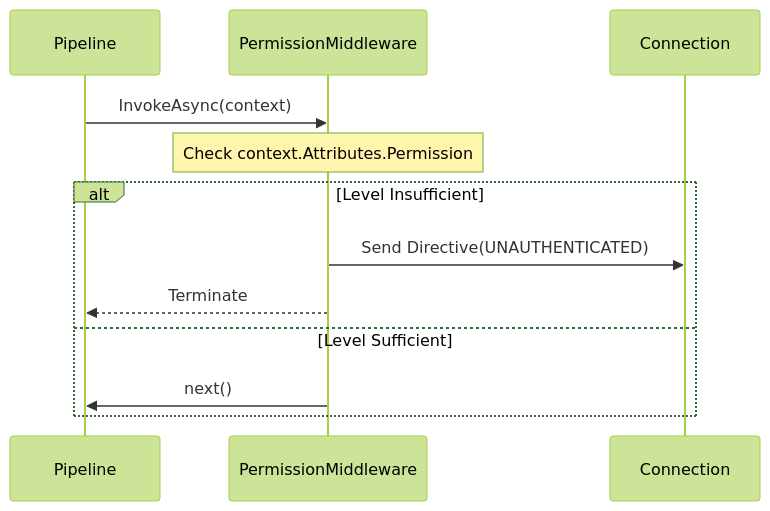
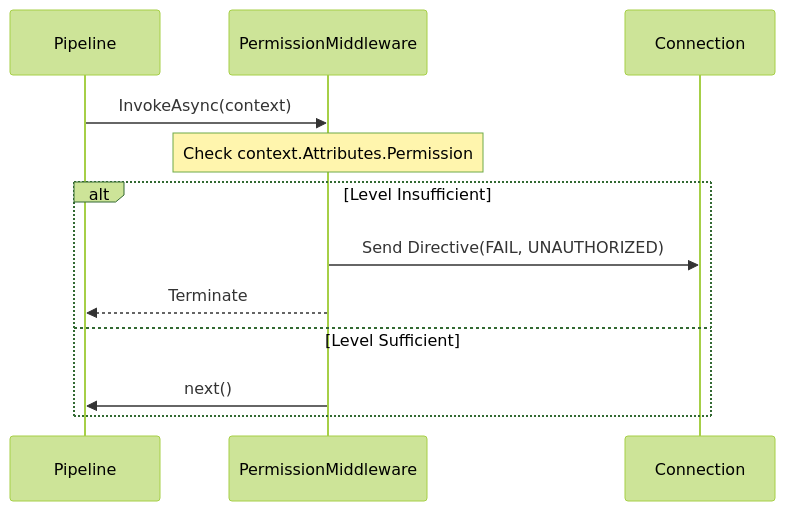
The diagram in docs/api/runtime/middleware/permission-middleware.md (ppn-systems/Nalix), drawn with Mermaid (forest theme) before and after one commit. The commit also changed other lines of this file and 156 other files, not shown here.

````diff
--- a/docs/api/runtime/middleware/permission-middleware.md
+++ b/docs/api/runtime/middleware/permission-middleware.md
@@ -7,16 +7,16 @@
 ```mermaid
 sequenceDiagram
     participant P as Pipeline
     participant M as PermissionMiddleware
     participant C as Connection
     
     P->>M: InvokeAsync(context)
     Note over M: Check context.Attributes.Permission
     
     alt Level Insufficient
-        M->>C: Send Directive(UNAUTHENTICATED)
+        M->>C: Send Directive(FAIL, UNAUTHORIZED)
         M-->>P: Terminate
     else Level Sufficient
         M->>P: next()
     end
 ```
````
